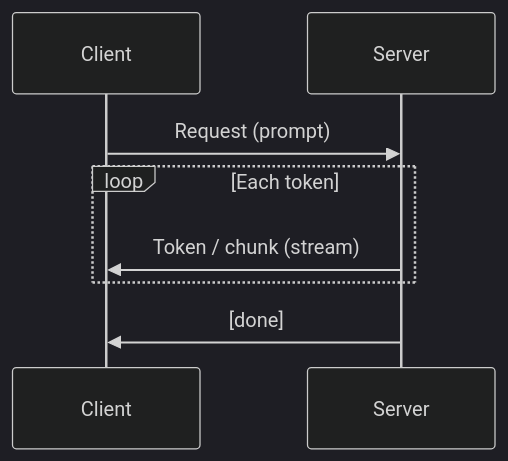
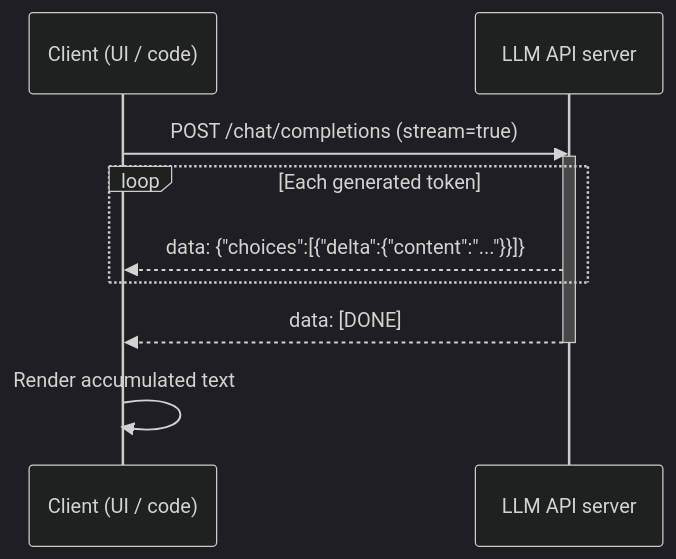
The diagram in docs/llms/streaming.md (EmersonBraun/ai-summary-hub), drawn with Mermaid (dark theme) before and after one commit. The commit also changed other lines of this file and 77 other files, not shown here.

````diff
--- a/docs/llms/streaming.md
+++ b/docs/llms/streaming.md
@@ -19,10 +21,13 @@
 ```mermaid
 sequenceDiagram
-  participant Client
-  participant Server
-  Client->>Server: Request (prompt)
-  loop Each token
-    Server->>Client: Token / chunk (stream)
+  participant Client as Client (UI / code)
+  participant Server as LLM API server
+  Client->>Server: POST /chat/completions (stream=true)
+  activate Server
+  loop Each generated token
+    Server-->>Client: data: {"choices":[{"delta":{"content":"..."}}]}
   end
-  Server->>Client: [done]
+  Server-->>Client: data: [DONE]
+  deactivate Server
+  Client->>Client: Render accumulated text
 ```
````
